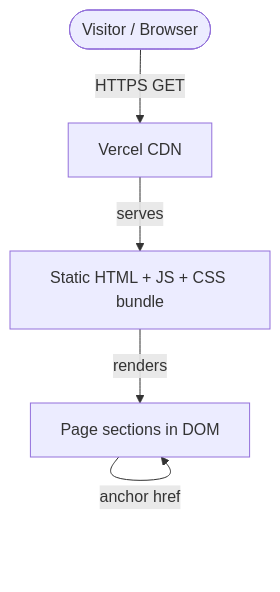
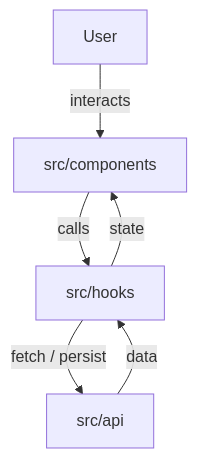
Before and after one commit to Offthearc/clawcon_bogota_landing_page: the diagram in docs/architecture.md, drawn with Mermaid. The commit also changed other lines of this file and 16 other files, not shown here.

````diff
--- a/docs/architecture.md
+++ b/docs/architecture.md
@@ -93,11 +40,8 @@
 ```mermaid
 flowchart TD
-    Visitor([Visitor / Browser])
-    Vercel[Vercel CDN]
-    Bundle[Static HTML + JS + CSS bundle]
-
-    Visitor -->|HTTPS GET| Vercel
-    Vercel -->|serves| Bundle
-    Bundle -->|renders| Sections[Page sections in DOM]
-    Sections -->|anchor href| Sections
+    User -->|interacts| UI[src/components]
+    UI -->|calls| Hooks[src/hooks]
+    Hooks -->|fetch / persist| API[src/api]
+    API -->|data| Hooks
+    Hooks -->|state| UI
 ```
````
